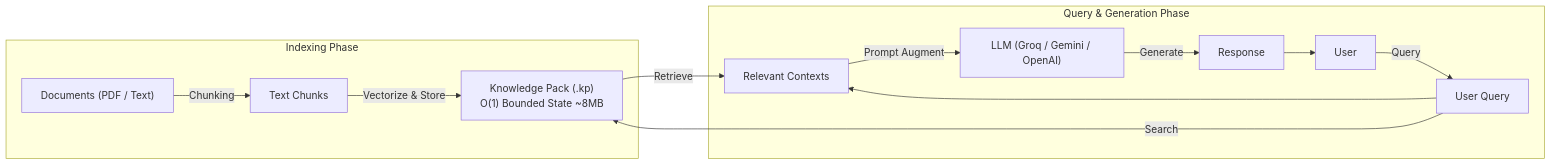
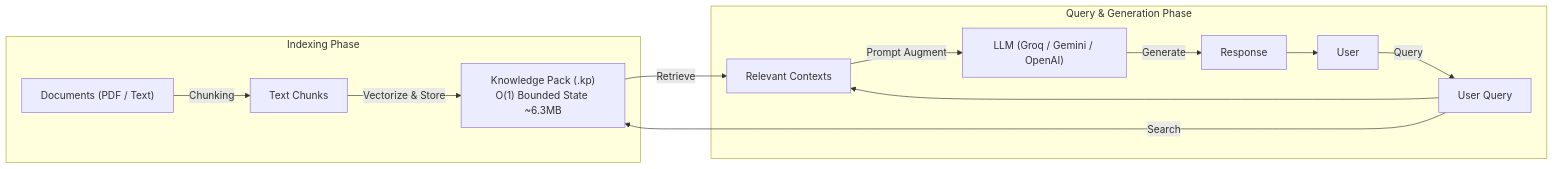
One commit to maduperera/Kalpana-LLM-API-Interface changed the first of 3 diagrams in README.md. Above: the diagram before and after it, drawn with Mermaid. The commit also changed other lines of this file, not shown here.

````diff
--- a/README.md
+++ b/README.md
@@ -31,17 +31,17 @@
 ```mermaid
 graph LR
     subgraph Indexing Phase
         Docs["Documents (PDF / Text)"] -->|"Chunking"| Chunks["Text Chunks"]
-        Chunks -->|"Vectorize & Store"| KP["Knowledge Pack (.kp)<br/>O(1) Bounded State ~8MB"]
+        Chunks -->|"Vectorize & Store"| KP["Knowledge Pack (.kp)<br/>O(1) Bounded State ~6.3MB"]
     end
 
     subgraph Query & Generation Phase
         User["User"] -->|"Query"| Q["User Query"]
         Q -->|"Search"| KP
         KP -->|"Retrieve"| Ctx["Relevant Contexts"]
         Q --> Ctx
         Ctx -->|"Prompt Augment"| LLM["LLM (Groq / Gemini / OpenAI)"]
         LLM -->|"Generate"| Resp["Response"]
         Resp --> User
     end
 ```
````
